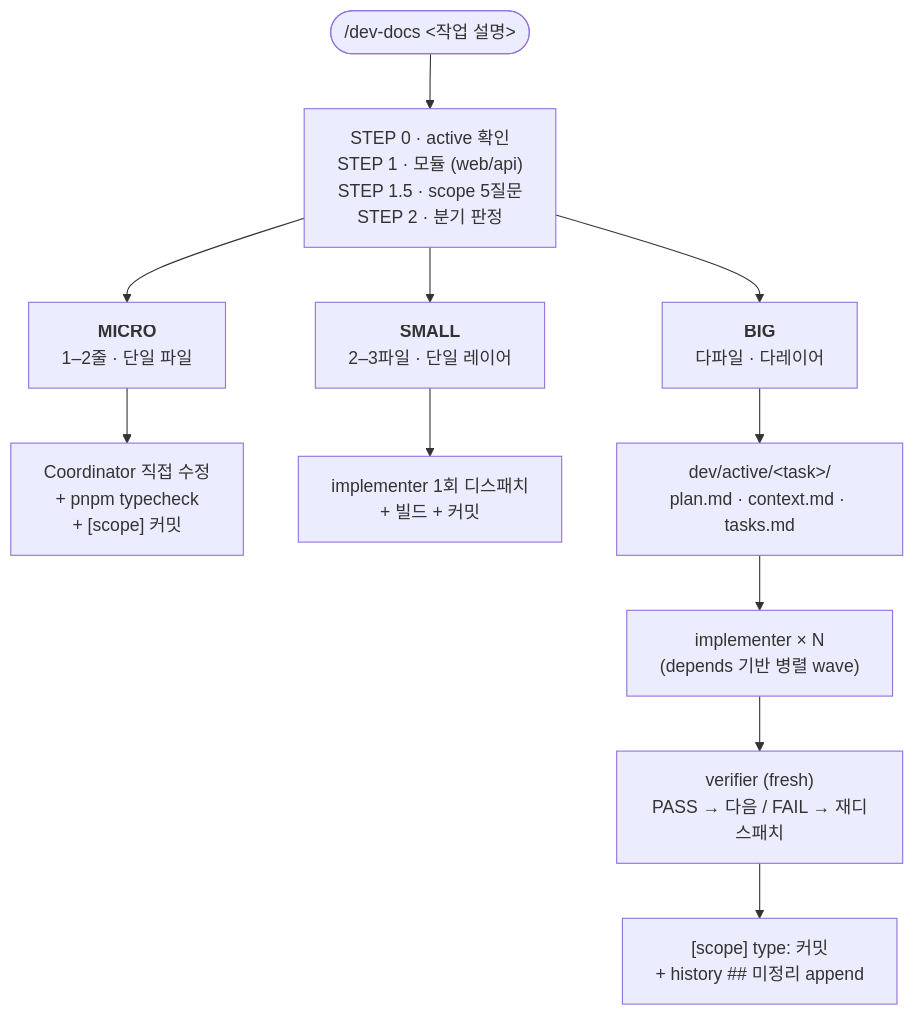
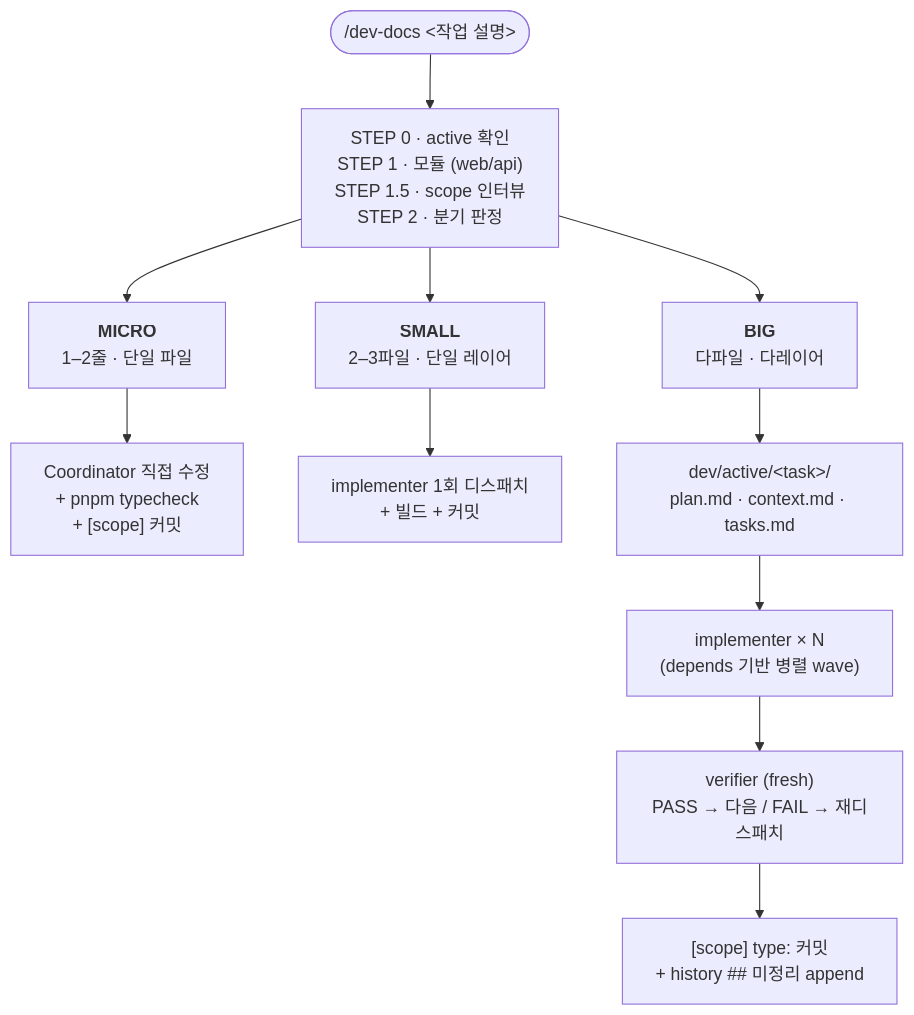
Before and after one commit to Seungwook-Cho/my-small-harness: the second of 2 diagrams in README.md, drawn with Mermaid. The commit also changed other lines of this file and 1 other file, not shown here.

First line of the commit message:
docs: rename 'scope 5질문' to 'scope 인터뷰'

````diff
--- a/README.md
+++ b/README.md
@@ -73,23 +73,23 @@
 ```mermaid
 flowchart TD
     Start(["/dev-docs &lt;작업 설명&gt;"])
-    Interview["STEP 0 · active 확인<br/>STEP 1 · 모듈 (web/api)<br/>STEP 1.5 · scope 5질문<br/>STEP 2 · 분기 판정"]
+    Interview["STEP 0 · active 확인<br/>STEP 1 · 모듈 (web/api)<br/>STEP 1.5 · scope 인터뷰<br/>STEP 2 · 분기 판정"]
     Micro["<b>MICRO</b><br/>1–2줄 · 단일 파일"]
     Small["<b>SMALL</b><br/>2–3파일 · 단일 레이어"]
     Big["<b>BIG</b><br/>다파일 · 다레이어"]
 
     MicroAct["Coordinator 직접 수정<br/>+ pnpm typecheck<br/>+ [scope] 커밋"]
     SmallAct["implementer 1회 디스패치<br/>+ 빌드 + 커밋"]
     BigPlan["dev/active/&lt;task&gt;/<br/>plan.md · context.md · tasks.md"]
     BigImp["implementer × N<br/>(depends 기반 병렬 wave)"]
     BigVer["verifier (fresh)<br/>PASS → 다음 / FAIL → 재디스패치"]
     BigCommit["[scope] type: 커밋<br/>+ history ## 미정리 append"]
 
     Start --> Interview
     Interview --> Micro
     Interview --> Small
     Interview --> Big
     Micro --> MicroAct
     Small --> SmallAct
     Big --> BigPlan --> BigImp --> BigVer --> BigCommit
 ```
````
